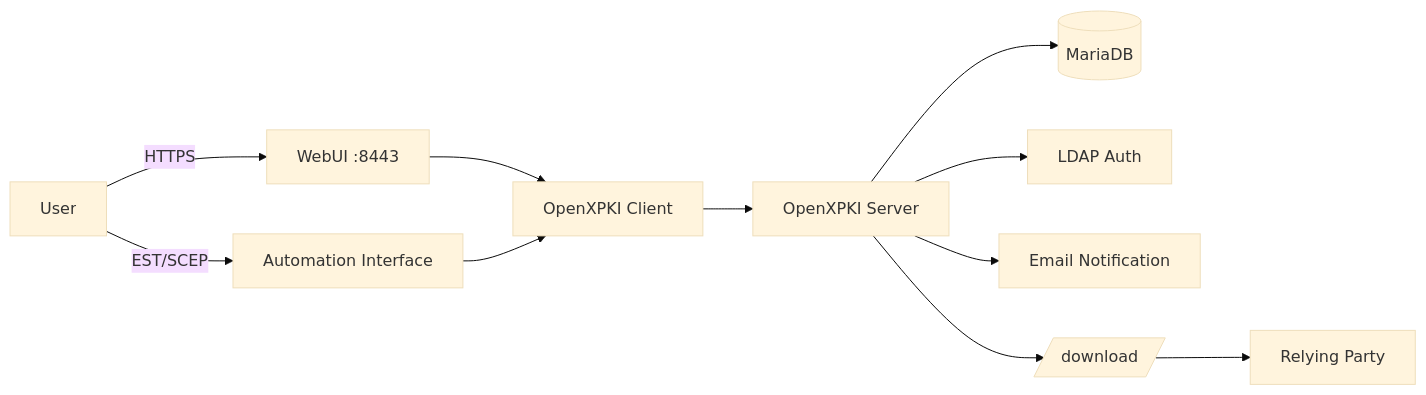
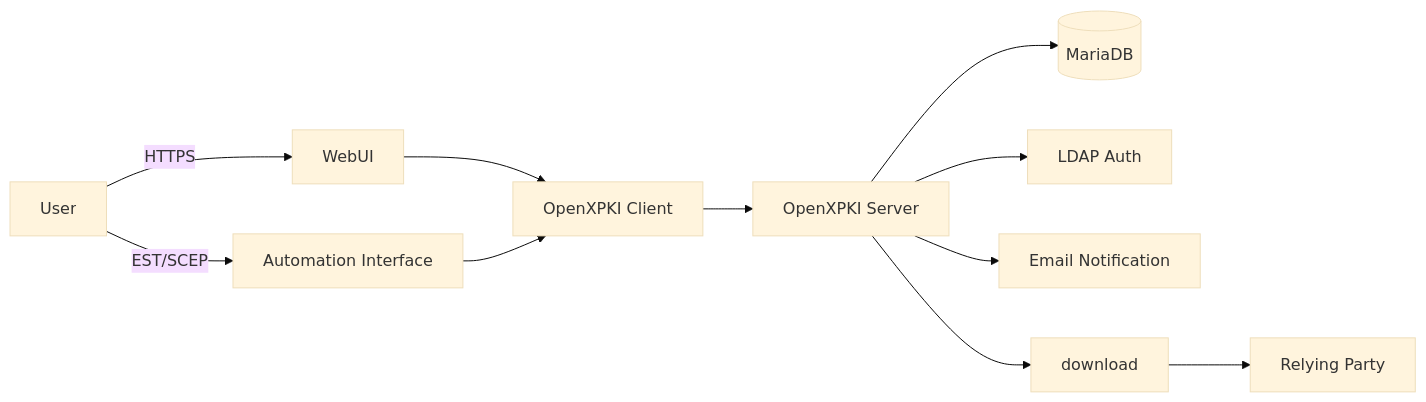
Before and after one commit to hanx-hep/8th-belle2-ihepca: the first of 6 diagrams in slides.md, drawn with Mermaid (base theme). The commit also changed other lines of this file, not shown here.

````diff
--- a/slides.md
+++ b/slides.md
@@ -135,13 +137,13 @@
 ```mermaid {scale: 0.6}
 graph LR
-    User[User] -->|HTTPS| WebUI[WebUI :8443]
+    User[User] -->|HTTPS| WebUI[WebUI]
     User -->|EST/SCEP| API[Automation Interface]
     WebUI --> Client[OpenXPKI Client]
     API --> Client
     Client --> Server[OpenXPKI Server]
     Server --> DB[(MariaDB)]
     Server --> LDAP[LDAP Auth]
     Server --> Mail[Email Notification]
-    Server --> Download[/download/]
+    Server --> Download[download]
     Download --> RP[Relying Party]
 ```
````
